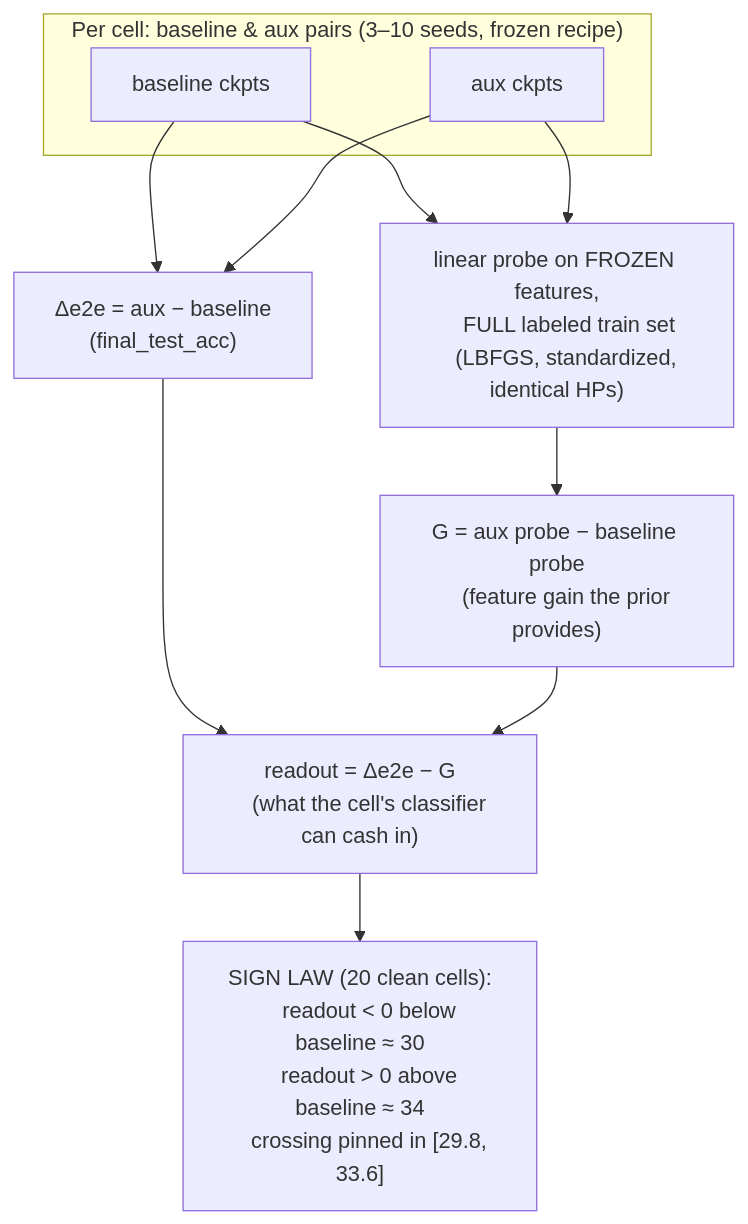
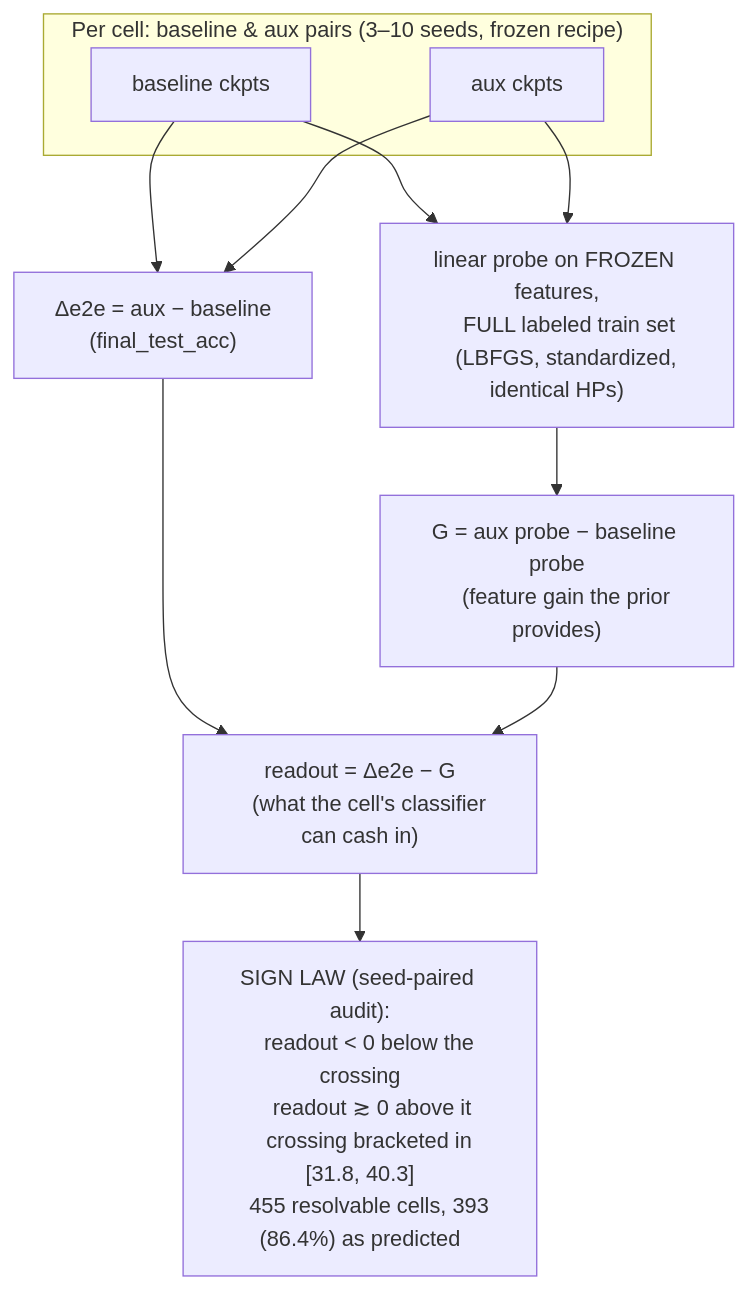
One commit to GCVCG/MomentAux changed the third of 5 diagrams in docs/ARCHITECTURE.md. Above: the diagram before and after it, drawn with Mermaid. The commit also changed other lines of this file and 9 other files, not shown here.

Commit message:
Docs review: current claims and audit figures in README, GLOSSARY, ARCHITECTURE, VISUALS, ARTIFACTS and index; FINDINGS gains a post-July pointer section; legacy audit no longer writes over the canonical law_audit.md

````diff
--- a/docs/ARCHITECTURE.md
+++ b/docs/ARCHITECTURE.md
@@ -62,22 +64,23 @@
 ```mermaid
 flowchart TD
     subgraph cells["Per cell: baseline & aux pairs (3–10 seeds, frozen recipe)"]
         B[baseline ckpts] & A[aux ckpts]
     end
     B --> E2E["Δe2e = aux − baseline
     (final_test_acc)"]
     A --> E2E
     B --> PROBE["linear probe on FROZEN features,
     FULL labeled train set
     (LBFGS, standardized, identical HPs)"]
     A --> PROBE
     PROBE --> GG["G = aux probe − baseline probe
     (feature gain the prior provides)"]
     E2E --> RO["readout = Δe2e − G
     (what the cell's classifier can cash in)"]
     GG --> RO
-    RO --> LAW["SIGN LAW (20 clean cells):
-    readout < 0 below baseline ≈ 30
-    readout > 0 above baseline ≈ 34
-    crossing pinned in [29.8, 33.6]"]
+    RO --> LAW["SIGN LAW (seed-paired audit):
+    readout < 0 below the crossing
+    readout ≳ 0 above it
+    crossing bracketed in [31.8, 40.3]
+    455 resolvable cells, 393 (86.4%) as predicted"]
 ```
````
